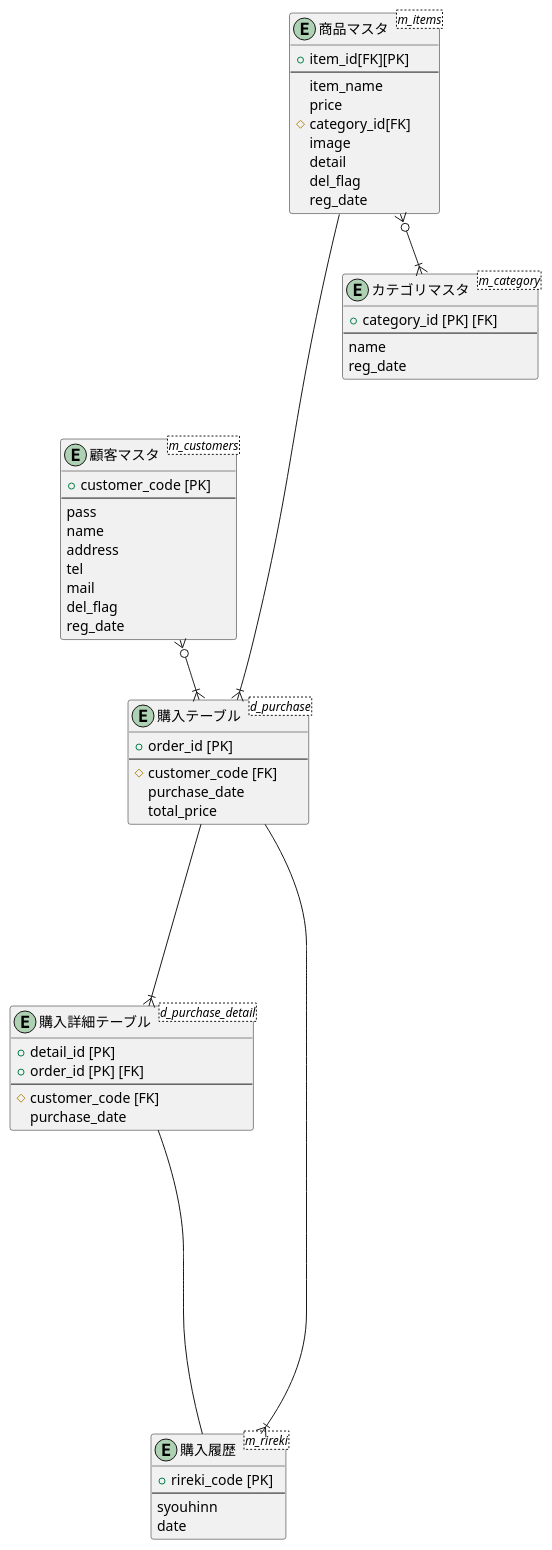
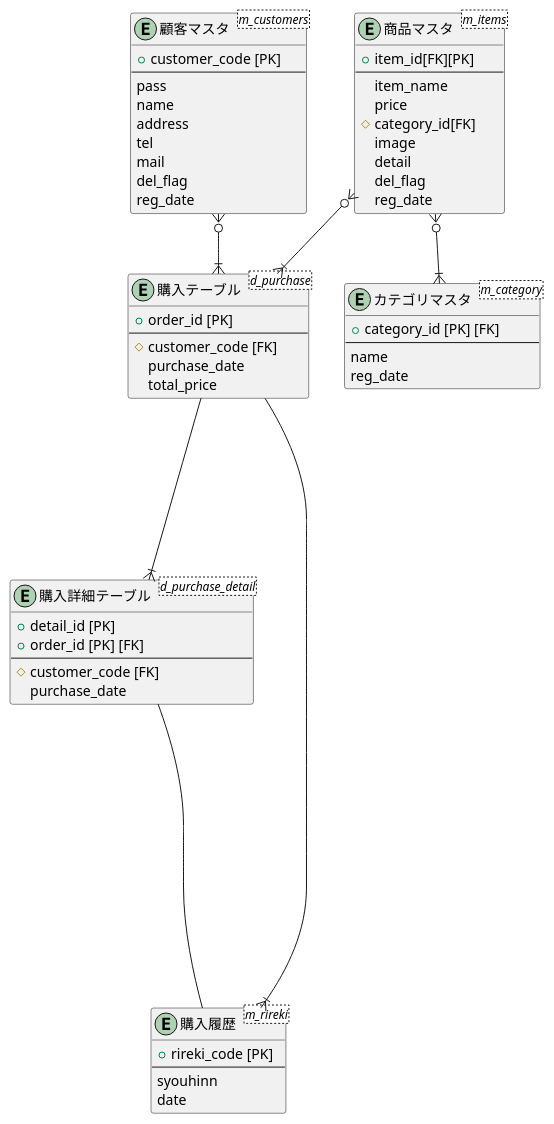
Before and after one commit to aso2001036/2021sys-design: the diagram in db/original/ER.md, drawn with PlantUML.

````diff
--- a/db/original/ER.md
+++ b/db/original/ER.md
@@ -1,64 +1,64 @@
 ```puml
 @startuml
 entity "購入テーブル" as purchase <d_purchase> {
 + order_id [PK]
 --
 # customer_code [FK]
 purchase_date
 total_price
 }
 
 entity "購入詳細テーブル" as purcher_detail <d_purchase_detail> {
 + detail_id [PK]
 + order_id [PK] [FK]
 --
 # customer_code [FK]
 purchase_date
 }
 
 entity "顧客マスタ" as customer <m_customers> {
 + customer_code [PK]
 --
 pass
 name
 address
 tel
 mail
 del_flag
 reg_date
 }
 
 entity "購入履歴" as rireki <m_rireki> {
 + rireki_code [PK]
 --
 syouhinn
 date
 }
 
 entity "カテゴリマスタ" as category <m_category> {
 + category_id [PK] [FK]
 --
 name
 reg_date
 }
 
 entity "商品マスタ" as items <m_items> {
 + item_id[FK][PK]
 --
 item_name
 price
 # category_id[FK]
 image
 detail
 del_flag
 reg_date
 }
 
 purchase ----|{ purcher_detail
 purchase ----|{ rireki
 purcher_detail ------ rireki
 customer }o--|{ purchase
-items ----|{ purchase
+items }o--|{ purchase
 items }o--|{ category
 @enduml
 ```
````
